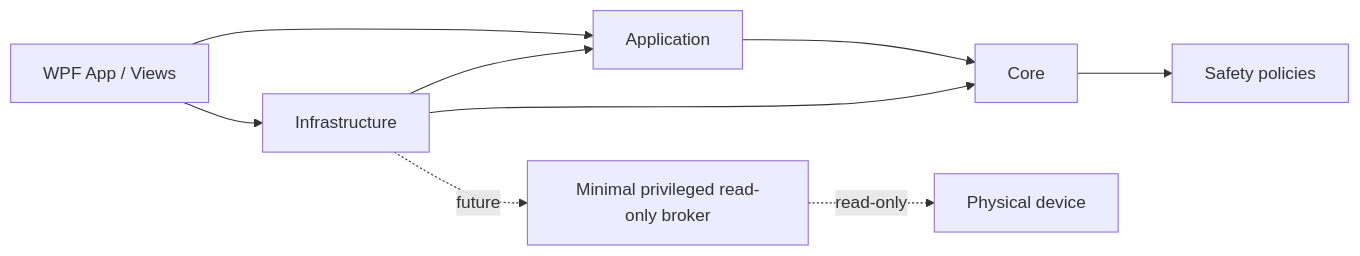
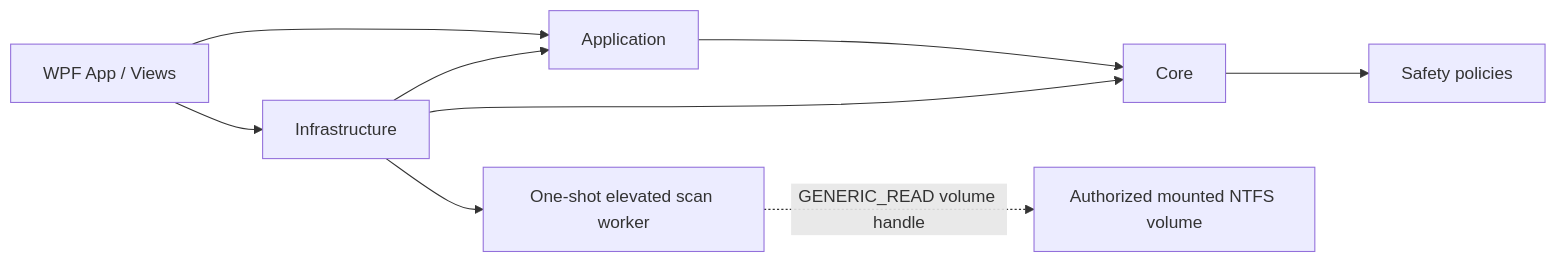
The first of 2 diagrams in docs/architecture.md (sonquocvu/data-recovery), drawn with Mermaid before and after one commit. The commit also changed other lines of this file and 36 other files, not shown here.

````diff
--- a/docs/architecture.md
+++ b/docs/architecture.md
@@ -15,11 +16,11 @@
 ```mermaid
 flowchart LR
   WPF[WPF App / Views] --> Application
   WPF --> Infrastructure
   Infrastructure --> Application
   Infrastructure --> Core
   Application --> Core
   Core --> Policies[Safety policies]
-  Infrastructure -. future .-> Broker[Minimal privileged read-only broker]
-  Broker -. read-only .-> Device[Physical device]
+  Infrastructure --> Worker[One-shot elevated scan worker]
+  Worker -. GENERIC_READ volume handle .-> Device[Authorized mounted NTFS volume]
 ```
````
